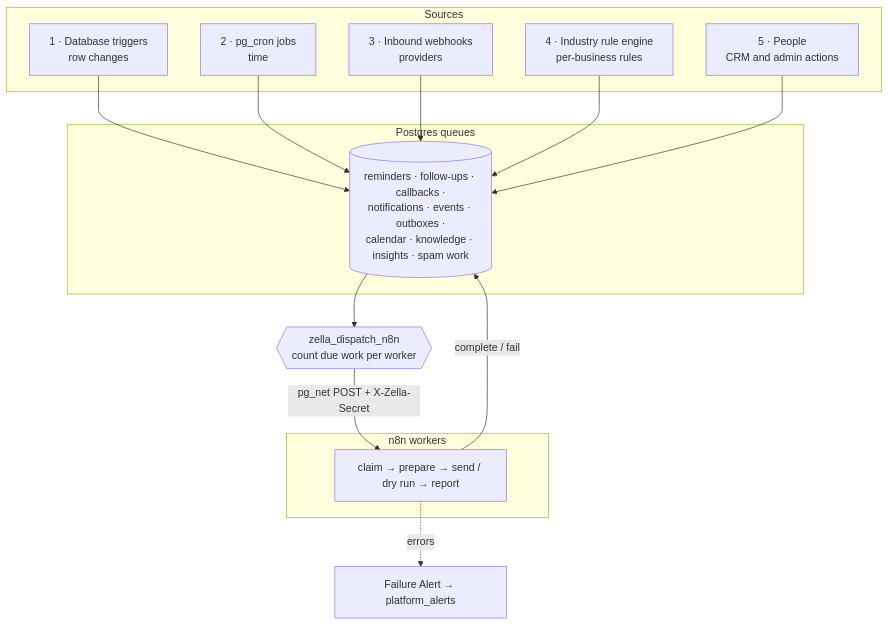
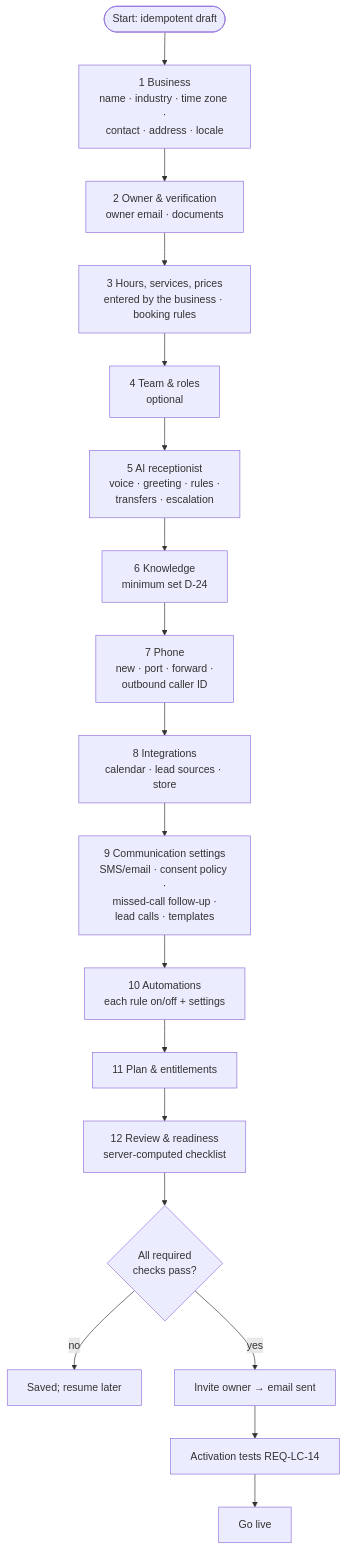
One commit to singhdhruv525-source/Zella-AI changed diagram 14 of 14 in docs/ARCHITECTURE.md. Above: the diagram before and after it, drawn with Mermaid. The commit also changed other lines of this file and 1 other file, not shown here.

````diff
--- a/docs/ARCHITECTURE.md
+++ b/docs/ARCHITECTURE.md
@@ -566,21 +1069,18 @@
 ```mermaid
-flowchart TB
-  subgraph Sources
-    T1[1 · Database triggers<br/>row changes]
-    T2[2 · pg_cron jobs<br/>time]
-    T3[3 · Inbound webhooks<br/>providers]
-    T4[4 · Industry rule engine<br/>per-business rules]
-    T5[5 · People<br/>CRM and admin actions]
-  end
-  subgraph Queues["Postgres queues"]
-    Q[(reminders · follow-ups · callbacks ·<br/>notifications · events · outboxes ·<br/>calendar · knowledge · insights · spam work)]
-  end
-  D{{zella_dispatch_n8n<br/>count due work per worker}}
-  subgraph Workers["n8n workers"]
-    W[claim → prepare → send / dry run → report]
-  end
-  T1 & T2 & T3 & T4 & T5 --> Q
-  Q --> D -- "pg_net POST + X-Zella-Secret" --> W
-  W -- "complete / fail" --> Q
-  W -. errors .-> FA[Failure Alert → platform_alerts]
+flowchart TD
+  s([Start: idempotent draft]) --> b[1 Business<br/>name · industry · time zone ·<br/>contact · address · locale]
+  b --> o[2 Owner & verification<br/>owner email · documents]
+  o --> h[3 Hours, services, prices<br/>entered by the business · booking rules]
+  h --> t[4 Team & roles<br/>optional]
+  t --> r[5 AI receptionist<br/>voice · greeting · rules ·<br/>transfers · escalation]
+  r --> k[6 Knowledge<br/>minimum set D-24]
+  k --> p[7 Phone<br/>new · port · forward ·<br/>outbound caller ID]
+  p --> i[8 Integrations<br/>calendar · lead sources · store]
+  i --> c[9 Communication settings<br/>SMS/email · consent policy ·<br/>missed-call follow-up ·<br/>lead calls · templates]
+  c --> a[10 Automations<br/>each rule on/off + settings]
+  a --> pl[11 Plan & entitlements]
+  pl --> rv[12 Review & readiness<br/>server-computed checklist]
+  rv --> act{All required<br/>checks pass?}
+  act -- no --> save[Saved; resume later]
+  act -- yes --> inv[Invite owner → email sent] --> test[Activation tests REQ-LC-14] --> live[Go live]
 ```
````
